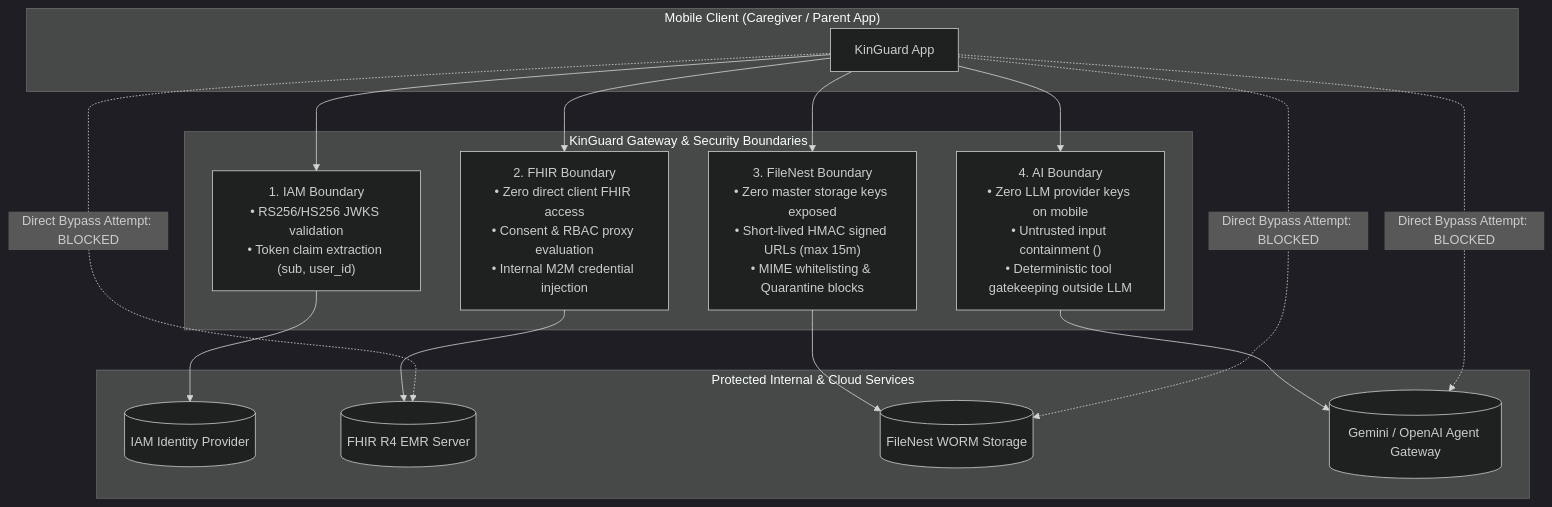
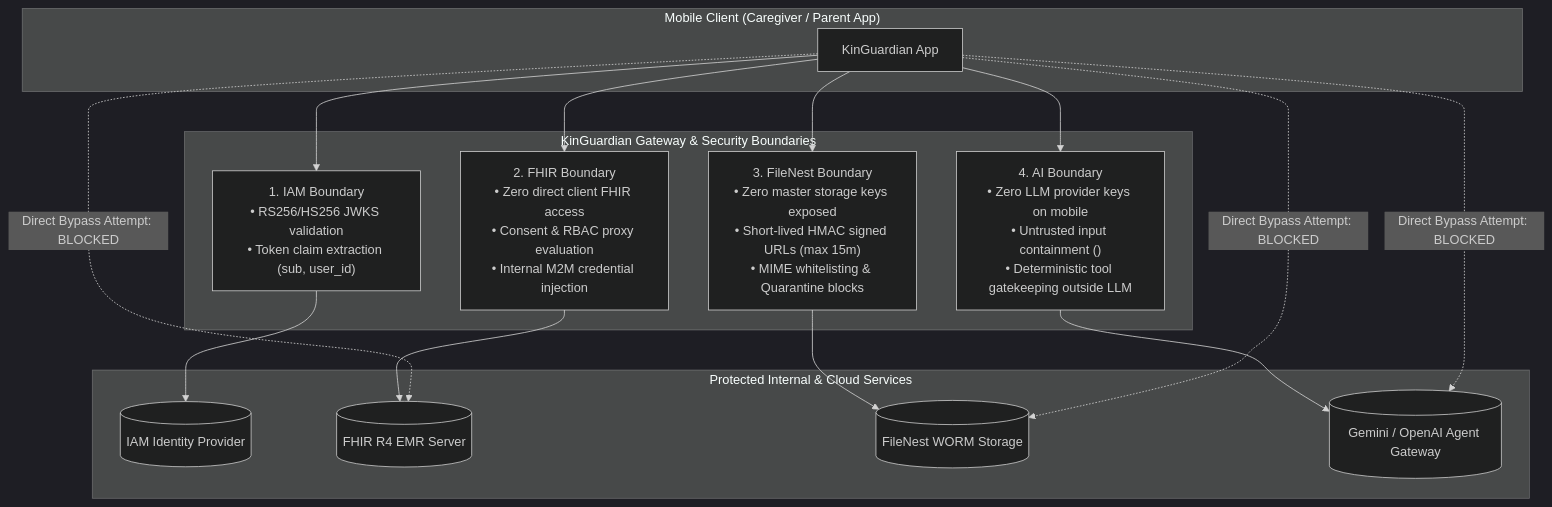
One commit to OpenHealthAgents/kinguardian-platform changed the third of 7 diagrams in platform/kinguard-backend/docs/ARCHITECTURE.md. Above: the diagram before and after it, drawn with Mermaid (dark theme). The commit also changed other lines of this file and 188 other files, not shown here.

Commit message:
feat(branding): finalize KinGuardian rename across all architecture docs, tests, and configs

````diff
--- a/platform/kinguard-backend/docs/ARCHITECTURE.md
+++ b/platform/kinguard-backend/docs/ARCHITECTURE.md
@@ -118,29 +118,29 @@
 ```mermaid
 flowchart TD
     subgraph MobileClient["Mobile Client (Caregiver / Parent App)"]
-        APP["KinGuard App"]
+        APP["KinGuardian App"]
     end
 
-    subgraph SecurityBoundaries["KinGuard Gateway & Security Boundaries"]
+    subgraph SecurityBoundaries["KinGuardian Gateway & Security Boundaries"]
         IAM_B["1. IAM Boundary<br/>• RS256/HS256 JWKS validation<br/>• Token claim extraction (sub, user_id)"]
         FHIR_B["2. FHIR Boundary<br/>• Zero direct client FHIR access<br/>• Consent & RBAC proxy evaluation<br/>• Internal M2M credential injection"]
         FILE_B["3. FileNest Boundary<br/>• Zero master storage keys exposed<br/>• Short-lived HMAC signed URLs (max 15m)<br/>• MIME whitelisting & Quarantine blocks"]
         AI_B["4. AI Boundary<br/>• Zero LLM provider keys on mobile<br/>• Untrusted input containment (<untrusted_user_text>)<br/>• Deterministic tool gatekeeping outside LLM"]
     end
 
     subgraph ProtectedDownstream["Protected Internal & Cloud Services"]
         IAM_SRV[("IAM Identity Provider")]
         FHIR_SRV[("FHIR R4 EMR Server")]
         FILE_SRV[("FileNest WORM Storage")]
         AI_SRV[("Gemini / OpenAI Agent Gateway")]
     end
 
     APP --> IAM_B --> IAM_SRV
     APP --> FHIR_B --> FHIR_SRV
     APP --> FILE_B --> FILE_SRV
     APP --> AI_B --> AI_SRV
 
     APP -.->|Direct Bypass Attempt: BLOCKED| FHIR_SRV
     APP -.->|Direct Bypass Attempt: BLOCKED| FILE_SRV
     APP -.->|Direct Bypass Attempt: BLOCKED| AI_SRV
 ```
````
